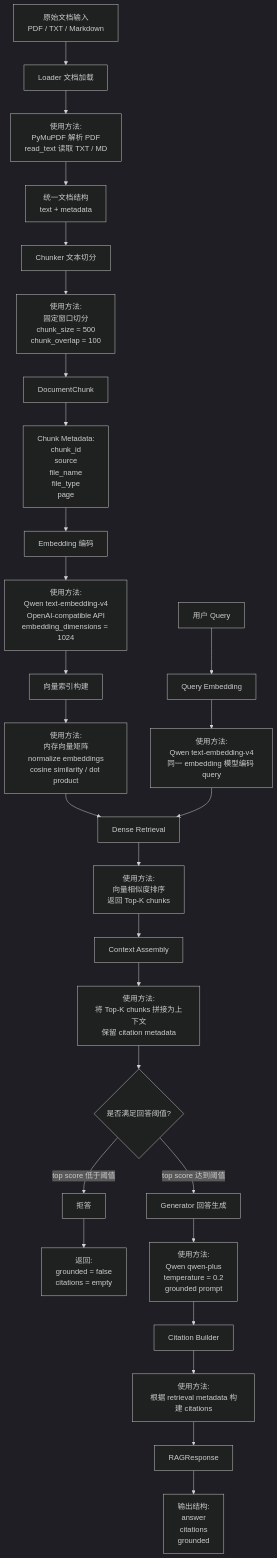
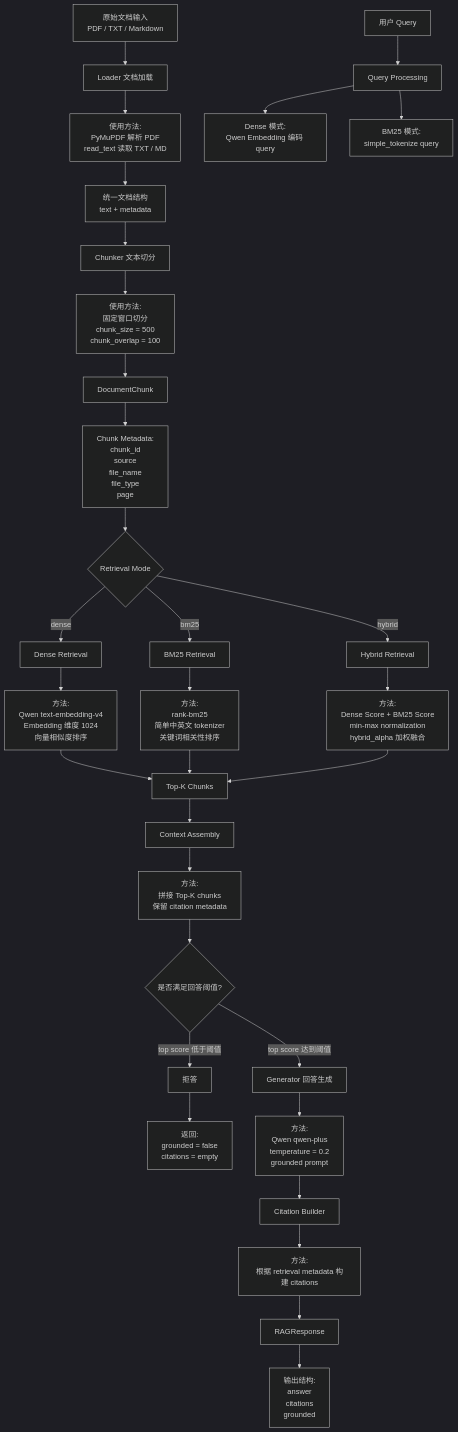
The second of 2 diagrams in README.md (lFeynman/offermate-rag), drawn with Mermaid (dark theme) before and after one commit. The commit also changed other lines of this file and 7 other files, not shown here.

Commit message:
update README for BM25 and hybrid retrieval support

````diff
--- a/README.md
+++ b/README.md
@@ -152,42 +185,48 @@
 ```mermaid
 flowchart TD
     A[原始文档输入<br/>PDF / TXT / Markdown] --> B[Loader 文档加载]
 
     B --> B1[使用方法:<br/>PyMuPDF 解析 PDF<br/>read_text 读取 TXT / MD]
     B1 --> C[统一文档结构<br/>text + metadata]
 
     C --> D[Chunker 文本切分]
     D --> D1[使用方法:<br/>固定窗口切分<br/>chunk_size = 500<br/>chunk_overlap = 100]
     D1 --> E[DocumentChunk]
 
     E --> E1[Chunk Metadata:<br/>chunk_id<br/>source<br/>file_name<br/>file_type<br/>page]
 
-    E1 --> F[Embedding 编码]
-    F --> F1[使用方法:<br/>Qwen text-embedding-v4<br/>OpenAI-compatible API<br/>embedding_dimensions = 1024]
+    E1 --> F{Retrieval Mode}
 
-    F1 --> G[向量索引构建]
-    G --> G1[使用方法:<br/>内存向量矩阵<br/>normalize embeddings<br/>cosine similarity / dot product]
+    F -->|dense| G[Dense Retrieval]
+    G --> G1[方法:<br/>Qwen text-embedding-v4<br/>Embedding 维度 1024<br/>向量相似度排序]
 
-    H[用户 Query] --> I[Query Embedding]
-    I --> I1[使用方法:<br/>Qwen text-embedding-v4<br/>同一 embedding 模型编码 query]
+    F -->|bm25| H[BM25 Retrieval]
+    H --> H1[方法:<br/>rank-bm25<br/>简单中英文 tokenizer<br/>关键词相关性排序]
 
-    G1 --> J[Dense Retrieval]
-    I1 --> J
-    J --> J1[使用方法:<br/>向量相似度排序<br/>返回 Top-K chunks]
+    F -->|hybrid| I[Hybrid Retrieval]
+    I --> I1[方法:<br/>Dense Score + BM25 Score<br/>min-max normalization<br/>hybrid_alpha 加权融合]
 
-    J1 --> K[Context Assembly]
-    K --> K1[使用方法:<br/>将 Top-K chunks 拼接为上下文<br/>保留 citation metadata]
+    J[用户 Query] --> K[Query Processing]
+    K --> K1[Dense 模式:<br/>Qwen Embedding 编码 query]
+    K --> K2[BM25 模式:<br/>simple_tokenize query]
 
-    K1 --> L{是否满足回答阈值?}
-    L -->|top score 低于阈值| M[拒答]
-    M --> M1[返回:<br/>grounded = false<br/>citations = empty]
+    G1 --> L[Top-K Chunks]
+    H1 --> L
+    I1 --> L
 
-    L -->|top score 达到阈值| N[Generator 回答生成]
-    N --> N1[使用方法:<br/>Qwen qwen-plus<br/>temperature = 0.2<br/>grounded prompt]
+    L --> M[Context Assembly]
+    M --> M1[方法:<br/>拼接 Top-K chunks<br/>保留 citation metadata]
 
-    N1 --> O[Citation Builder]
-    O --> O1[使用方法:<br/>根据 retrieval metadata 构建 citations]
+    M1 --> N{是否满足回答阈值?}
+    N -->|top score 低于阈值| O[拒答]
+    O --> O1[返回:<br/>grounded = false<br/>citations = empty]
 
-    O1 --> P[RAGResponse]
-    P --> P1[输出结构:<br/>answer<br/>citations<br/>grounded]
+    N -->|top score 达到阈值| P[Generator 回答生成]
+    P --> P1[方法:<br/>Qwen qwen-plus<br/>temperature = 0.2<br/>grounded prompt]
+
+    P1 --> Q[Citation Builder]
+    Q --> Q1[方法:<br/>根据 retrieval metadata 构建 citations]
+
+    Q1 --> R[RAGResponse]
+    R --> R1[输出结构:<br/>answer<br/>citations<br/>grounded]
 ```
````
